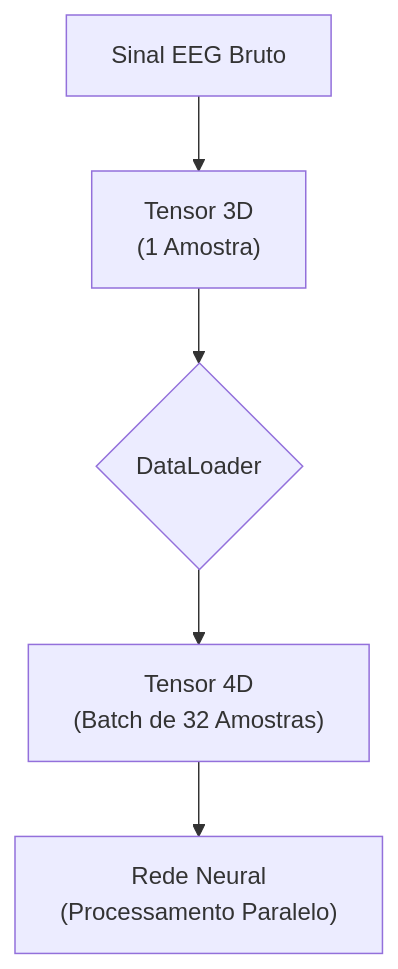
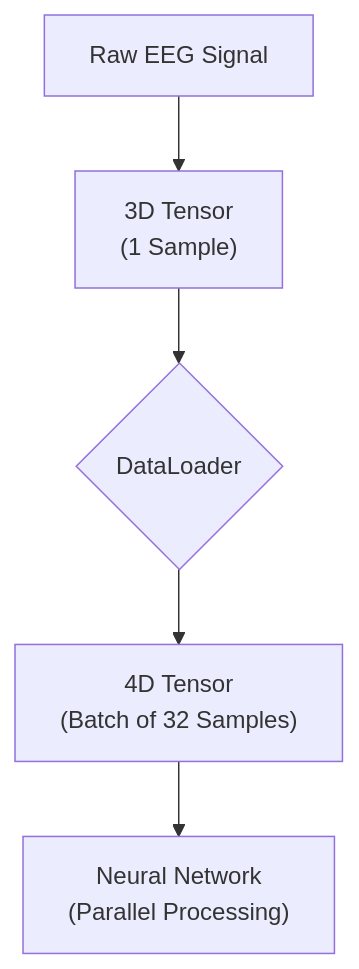
Before and after one commit to gabfarmarcondes/Detectar-Burnout-via-EEG: the first of 2 diagrams in README.md, drawn with Mermaid. The commit also changed other lines of this file, not shown here.

````diff
--- a/README.md
+++ b/README.md
@@ -8,7 +8,7 @@
 ```mermaid
 graph TD
-    A["Sinal EEG Bruto"] --> B["Tensor 3D<br>(1 Amostra)"]
+    A["Raw EEG Signal"] --> B["3D Tensor<br>(1 Sample)"]
     B --> C{"DataLoader"}
-    C --> D["Tensor 4D<br>(Batch de 32 Amostras)"]
-    D --> E["Rede Neural<br>(Processamento Paralelo)"]
+    C --> D["4D Tensor<br>(Batch of 32 Samples)"]
+    D --> E["Neural Network<br>(Parallel Processing)"]
 ```
````
